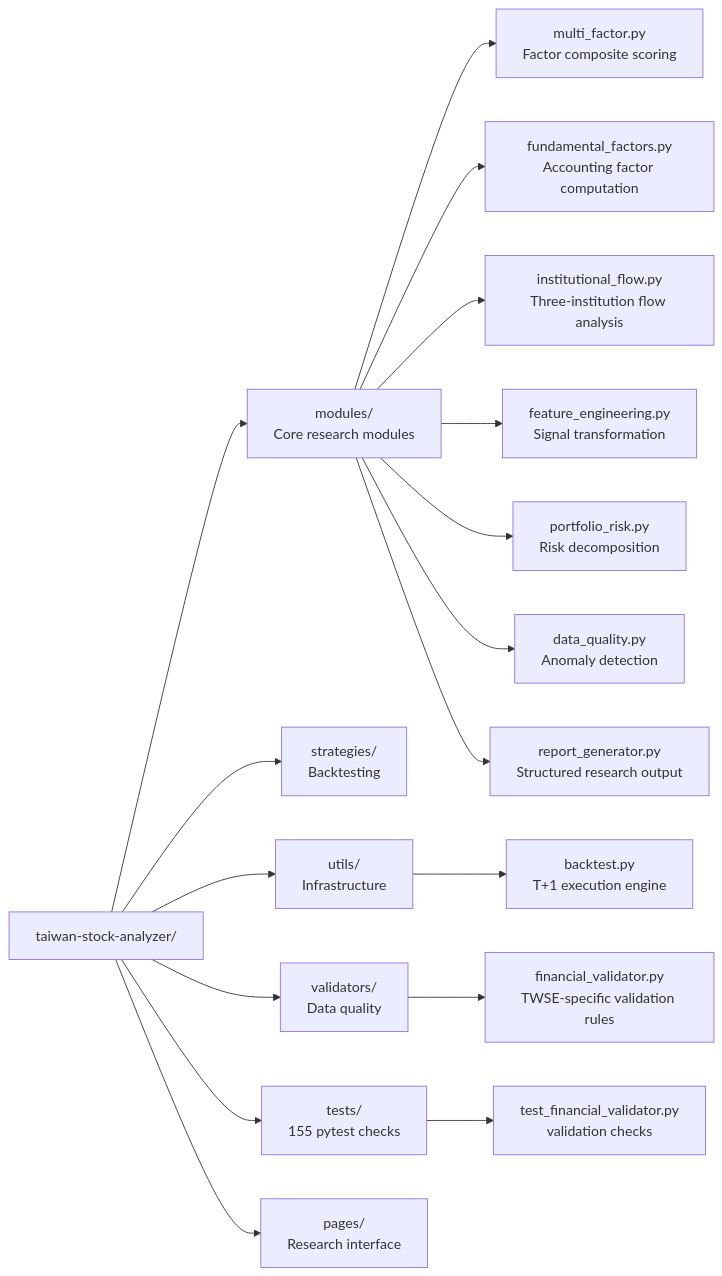
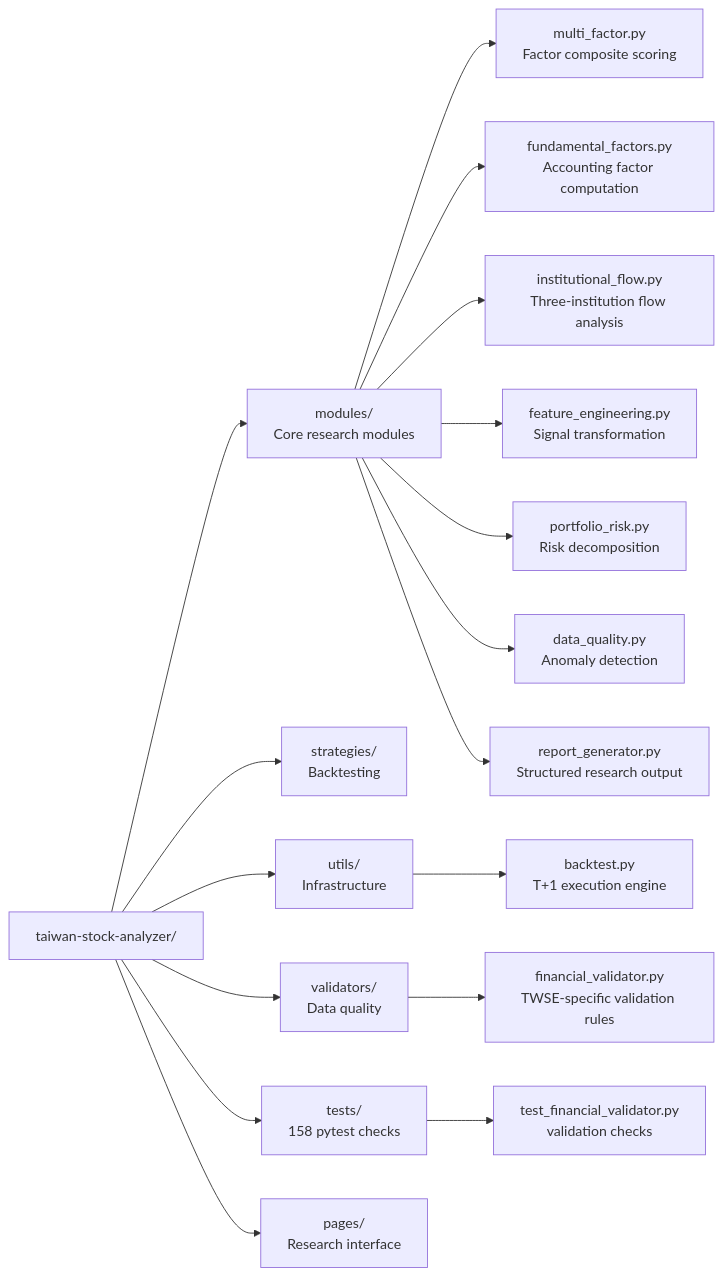
The sixth of 6 diagrams in README.md (Harry970417/taiwan-stock-analyzer), drawn with Mermaid before and after one commit. The commit also changed other lines of this file and 4 other files, not shown here.

````diff
--- a/README.md
+++ b/README.md
@@ -365,23 +365,23 @@
 ```mermaid
 flowchart LR
     Root["taiwan-stock-analyzer/"]
 
     Root --> MOD["modules/\nCore research modules"]
     Root --> STR["strategies/\nBacktesting"]
     Root --> UTL["utils/\nInfrastructure"]
     Root --> VAL["validators/\nData quality"]
-    Root --> TST["tests/\n155 pytest checks"]
+    Root --> TST["tests/\n158 pytest checks"]
     Root --> PAG["pages/\nResearch interface"]
 
     MOD --> MF["multi_factor.py\nFactor composite scoring"]
     MOD --> FF["fundamental_factors.py\nAccounting factor computation"]
     MOD --> IF2["institutional_flow.py\nThree-institution flow analysis"]
     MOD --> FE2["feature_engineering.py\nSignal transformation"]
     MOD --> PR["portfolio_risk.py\nRisk decomposition"]
     MOD --> DQ2["data_quality.py\nAnomaly detection"]
     MOD --> RG["report_generator.py\nStructured research output"]
 
     UTL --> BT["backtest.py\nT+1 execution engine"]
     VAL --> FV["financial_validator.py\nTWSE-specific validation rules"]
     TST --> TV["test_financial_validator.py\nvalidation checks"]
 ```
````
